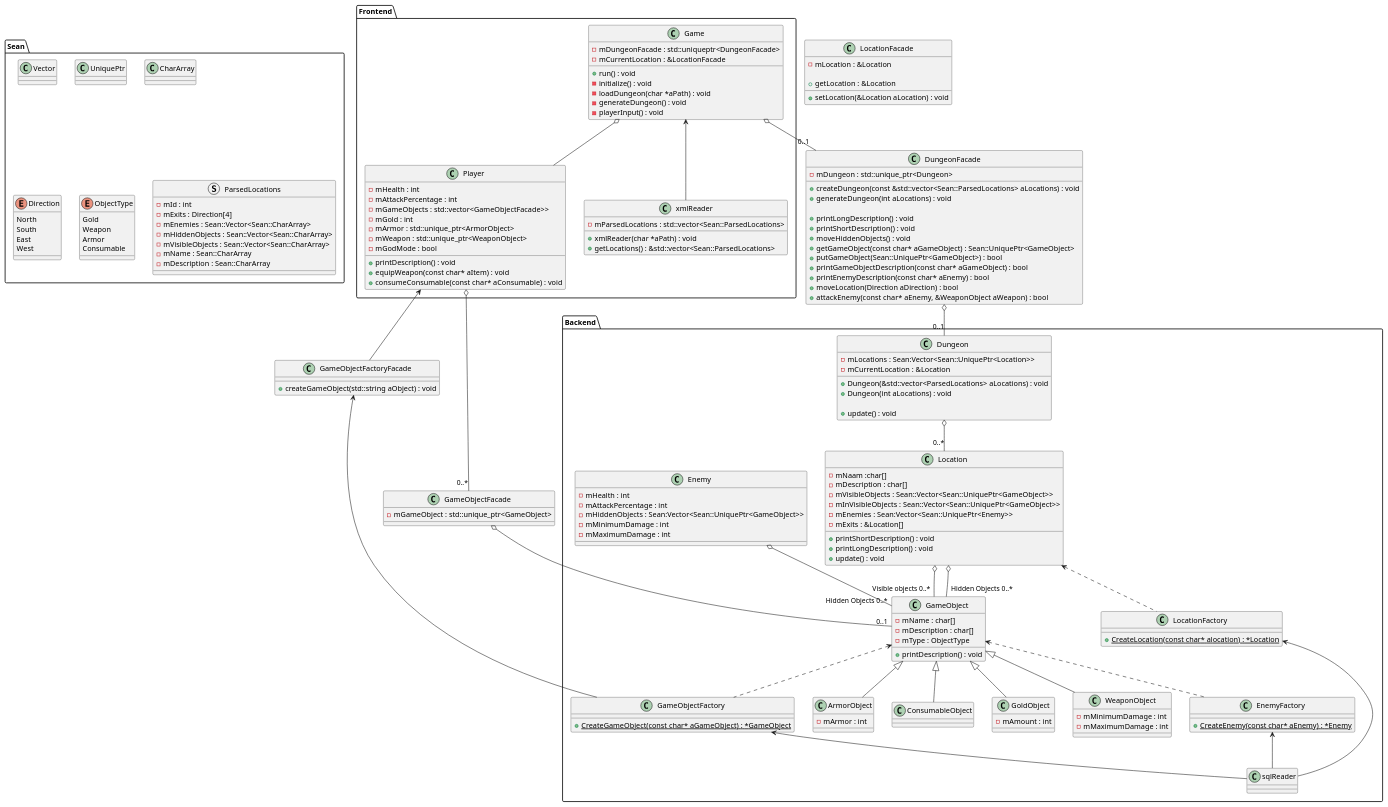
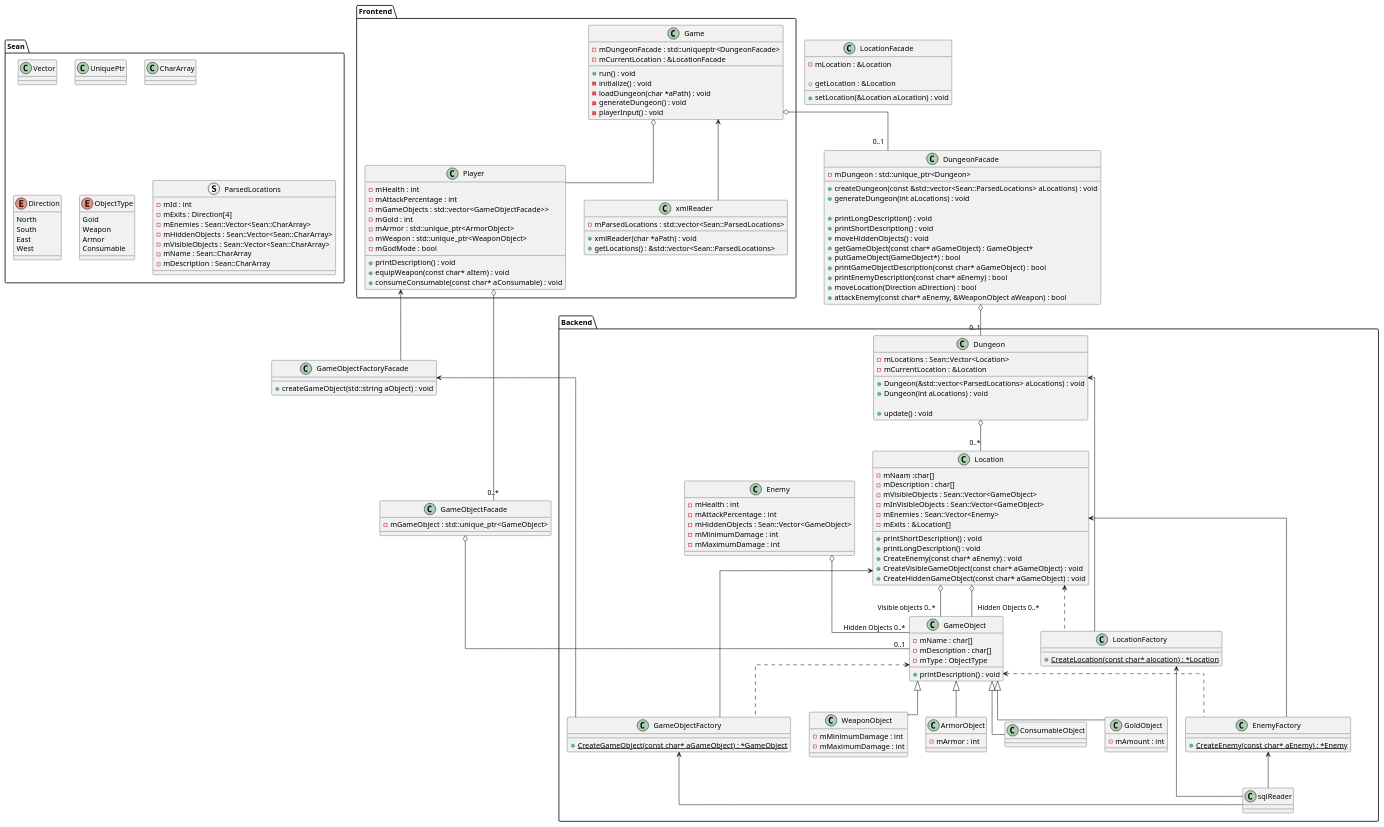
One commit to heavydragon99/CPP_Assessment changed the diagram in docs/classDiagram/class.puml. Above: the diagram before and after it, drawn with PlantUML. The commit also changed 21 other files, not shown here.

```diff
--- a/docs/classDiagram/class.puml
+++ b/docs/classDiagram/class.puml
@@ -6,6 +6,7 @@
 ' skinparam classFontColor White
 ' skinparam classAttributeIconColor White
 ' skinparam classArrowColor White
+skinparam linetype ortho
 
 package "Sean"{
     class Vector{
@@ -45,19 +46,18 @@
 package "Backend"{
 
     class Location{
+        + printShortDescription() : void
+        + printLongDescription() : void
+        + CreateEnemy(const char* aEnemy) : void
+        + CreateVisibleGameObject(const char* aGameObject) : void
+        + CreateHiddenGameObject(const char* aGameObject) : void
+
         - mNaam :char[]
         - mDescription : char[]
-        - mVisibleObjects : Sean::Vector<Sean::UniquePtr<GameObject>>
-        - mInVisibleObjects : Sean::Vector<Sean::UniquePtr<GameObject>>
-        - mEnemies : Sean:Vector<Sean::UniquePtr<Enemy>>
+        - mVisibleObjects : Sean::Vector<GameObject>
+        - mInVisibleObjects : Sean::Vector<GameObject>
+        - mEnemies : Sean::Vector<Enemy>
         - mExits : &Location[]
-
-
-        'short description. Enemies
-        + printShortDescription() : void
-        'long description. Enemies. Visible Items
-        + printLongDescription() : void
-        + update() : void
     }
 
 
@@ -97,7 +97,7 @@
     class Enemy{
         - mHealth : int
         - mAttackPercentage : int
-        - mHiddenObjects : Sean:Vector<Sean::UniquePtr<GameObject>>
+        - mHiddenObjects : Sean::Vector<GameObject>
         - mMinimumDamage : int
         - mMaximumDamage : int
     }
@@ -110,7 +110,7 @@
 
         + update() : void
 
-        - mLocations : Sean:Vector<Sean::UniquePtr<Location>>
+        - mLocations : Sean::Vector<Location>
         - mCurrentLocation : &Location
     }
 
@@ -121,7 +121,6 @@
 
     Enemy o-- "Hidden Objects 0..*" GameObject
 
-    Location <.. LocationFactory
     GameObject <.. GameObjectFactory
     GameObject <.. EnemyFactory
 
@@ -131,17 +130,17 @@
     GameObject <|-- ConsumableObject
 
     Dungeon o-- "0..*" Location
+    Dungeon <-- LocationFactory
+
+    Location <.. LocationFactory
+    Location <-- GameObjectFactory
+    Location <-- EnemyFactory
 
     GameObjectFactory <-- sqlReader
     EnemyFactory <-- sqlReader
     LocationFactory <-- sqlReader
 
 }
-
-
-
-
-
 
 package "Frontend"{
 
@@ -193,8 +192,8 @@
     + printLongDescription() : void
     + printShortDescription() : void
     + moveHiddenObjects() : void
-    + getGameObject(const char* aGameObject) : Sean::UniquePtr<GameObject>
-    + putGameObject(Sean::UniquePtr<GameObject>) : bool
+    + getGameObject(const char* aGameObject) : GameObject*
+    + putGameObject(GameObject*) : bool
     + printGameObjectDescription(const char* aGameObject) : bool
     + printEnemyDescription(const char* aEnemy) : bool
     + moveLocation(Direction aDirection) : bool
```
